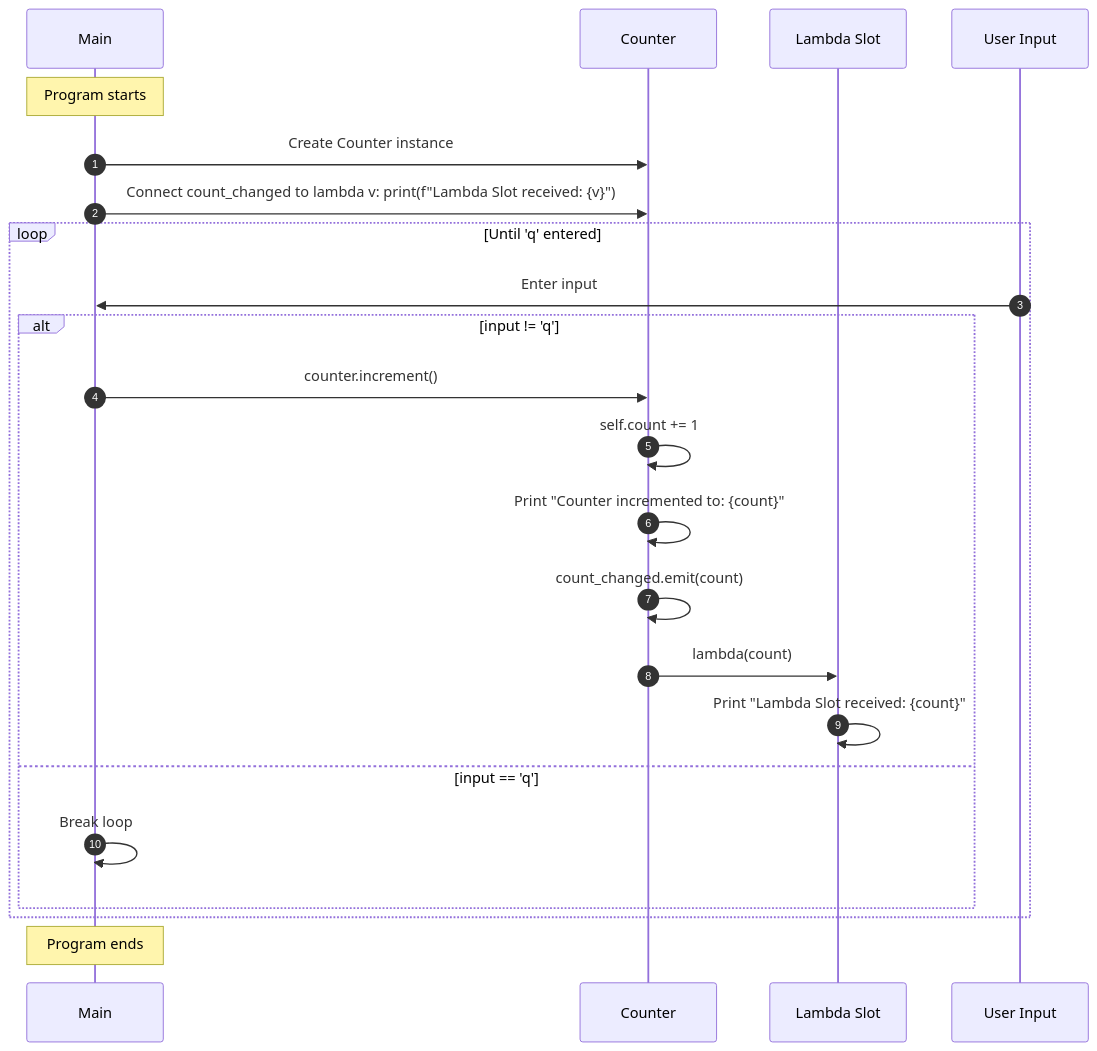
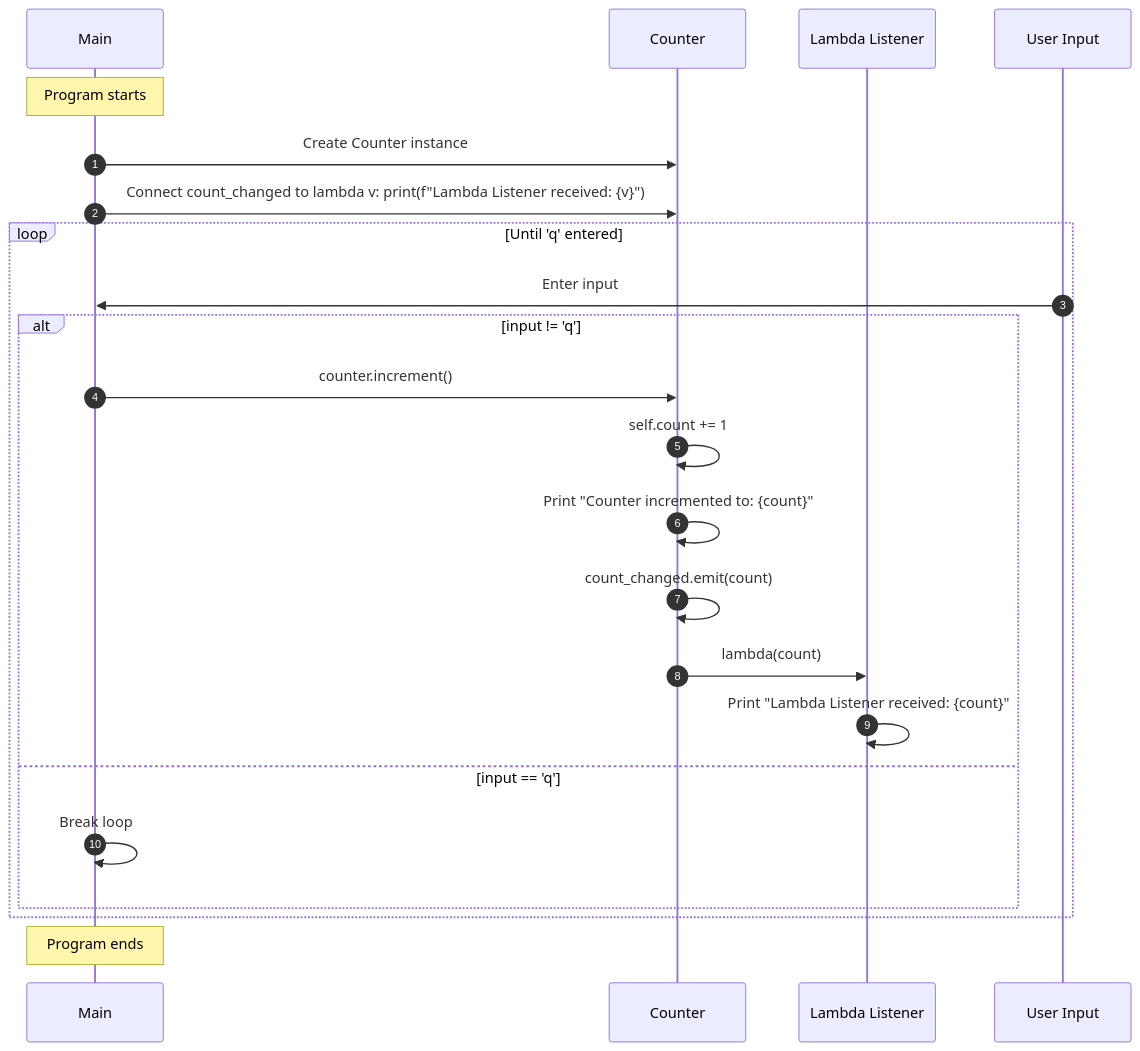
The fourth of 12 diagrams in docs/examples.md (nexconnectio/pynnex), drawn with Mermaid before and after one commit. The commit also changed other lines of this file and 43 other files, not shown here.

First line of the commit message:
refactor: rename signal/slot to emitter/listener (#10)

````diff
--- a/docs/examples.md
+++ b/docs/examples.md
@@ -184,28 +192,28 @@
 ```mermaid
 sequenceDiagram
     autonumber
     participant M as Main
     participant C as Counter
-    participant L as Lambda Slot
+    participant L as Lambda Listener
     participant U as User Input
 
     Note over M: Program starts
     M->>C: Create Counter instance
-    M->>C: Connect count_changed to lambda v: print(f"Lambda Slot received: {v}")
+    M->>C: Connect count_changed to lambda v: print(f"Lambda Listener received: {v}")
 
     loop Until 'q' entered
         U->>M: Enter input
         alt input != 'q'
             M->>C: counter.increment()
             C->>C: self.count += 1
             C->>C: Print "Counter incremented to: {count}"
             C->>C: count_changed.emit(count)
             C->>L: lambda(count)
-            L->>L: Print "Lambda Slot received: {count}"
+            L->>L: Print "Lambda Listener received: {count}"
         else input == 'q'
             M->>M: Break loop
         end
     end
 
     Note over M: Program ends
 ```
````
